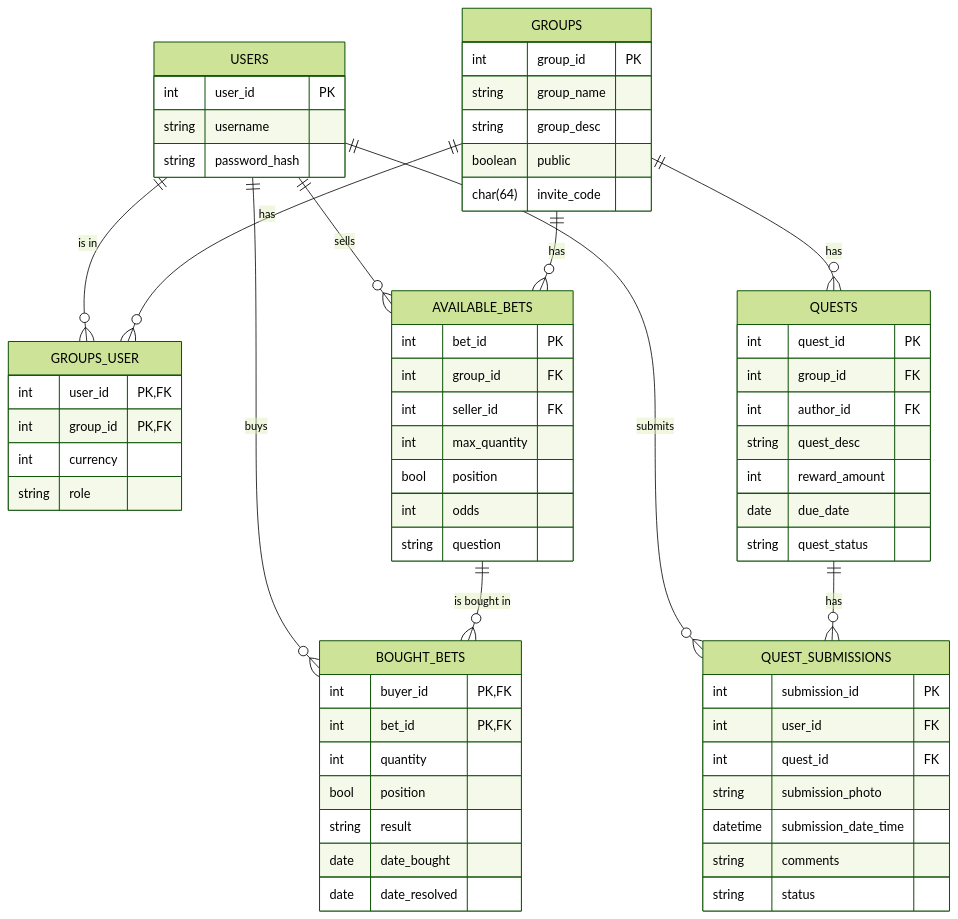
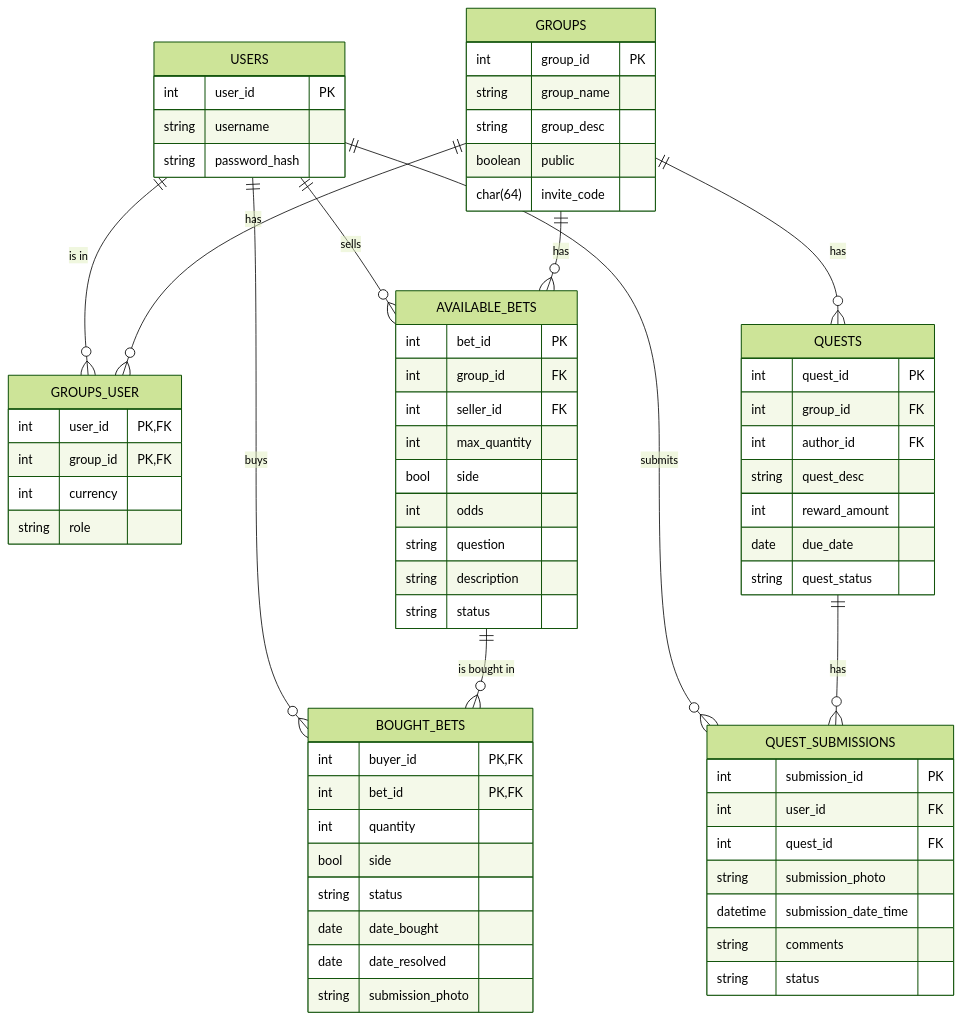
Before and after one commit to jdolak/sidequest: the diagram in docs/erd.md, drawn with Mermaid (forest theme).

````diff
--- a/docs/erd.md
+++ b/docs/erd.md
@@ -1,74 +1,77 @@
 ```mermaid
 erDiagram
     USERS {
         int user_id PK
         string username
         string password_hash
     }
 
     GROUPS {
         int group_id PK
         string group_name
         string group_desc
         boolean public
         char(64) invite_code
     }
 
     GROUPS_USER {
         int user_id PK,FK
         int group_id PK,FK
         int currency
         string role
     }
 
     AVAILABLE_BETS {
         int bet_id PK
         int group_id FK
         int seller_id FK
         int max_quantity
-        bool position
+        bool side
         int odds
         string question
+        string description
+        string status
     }
 
     BOUGHT_BETS {
         int buyer_id PK,FK
         int bet_id PK,FK
         int quantity
-        bool position
-        string result
+        bool side
+        string status
         date date_bought
         date date_resolved
+        string submission_photo
     }
 
     QUESTS {
         int quest_id PK
         int group_id FK
         int author_id FK
         string quest_desc
         int reward_amount
         date due_date
         string quest_status
     }
 
     QUEST_SUBMISSIONS {
         int submission_id PK
         int user_id FK
         int quest_id FK
         string submission_photo
         datetime submission_date_time
         string comments
         string status
     }
 
     USERS ||--o{ GROUPS_USER : "is in"
     GROUPS ||--o{ GROUPS_USER : "has"
     USERS ||--o{ AVAILABLE_BETS : "sells"
     GROUPS ||--o{ AVAILABLE_BETS : "has"
     USERS ||--o{ BOUGHT_BETS : "buys"
     AVAILABLE_BETS ||--o{ BOUGHT_BETS : "is bought in"
     GROUPS ||--o{ QUESTS : "has"
     USERS ||--o{ QUEST_SUBMISSIONS : "submits"
     QUESTS ||--o{ QUEST_SUBMISSIONS : "has"
 
 ```
````
